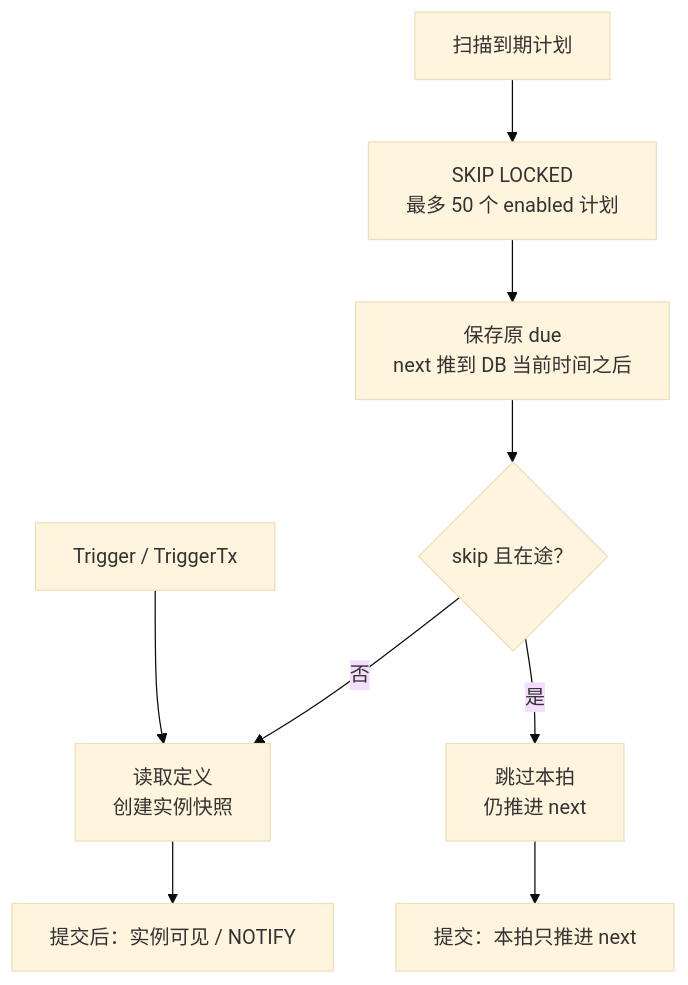
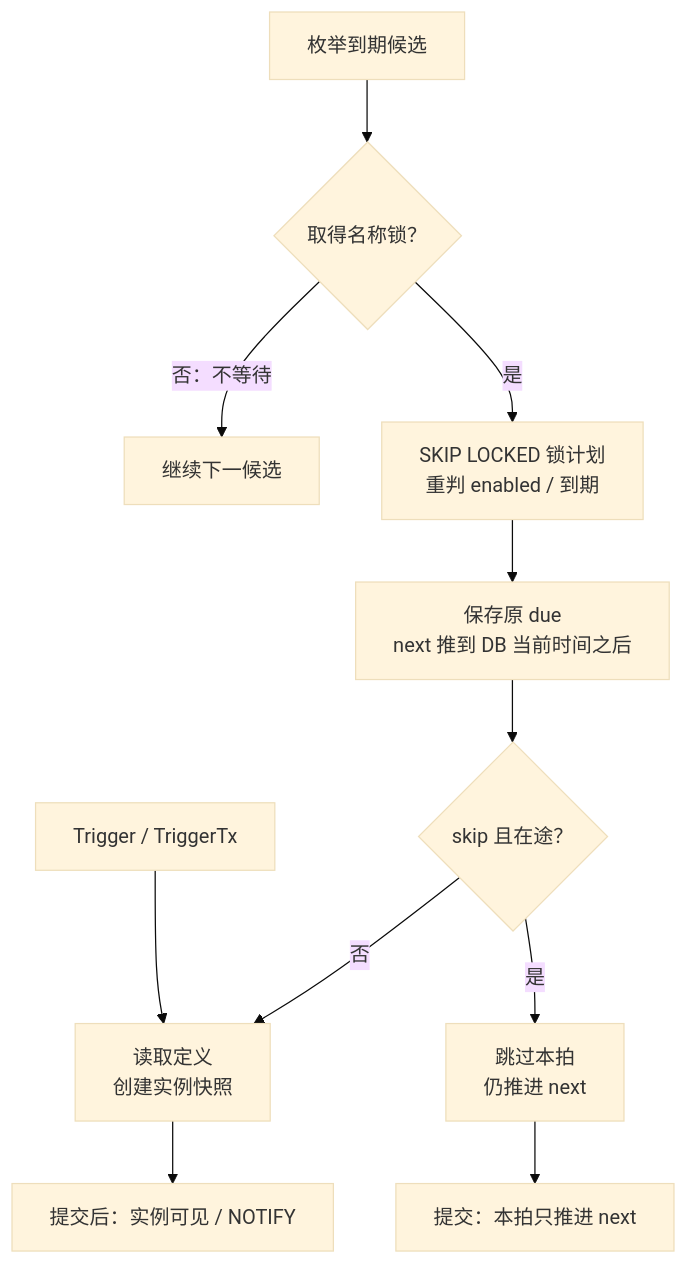
The fourth of 18 diagrams in docs/design.md (mbeoliero/skein), drawn with Mermaid (base theme) before and after one commit. The commit also changed other lines of this file and 77 other files, not shown here.

````diff
--- a/docs/design.md
+++ b/docs/design.md
@@ -139,11 +142,13 @@
 ```mermaid
 flowchart TB
     T["Trigger / TriggerTx"] --> SNAP["读取定义<br/>创建实例快照"]
-    SC["扫描到期计划"] --> LOCK["SKIP LOCKED<br/>最多 50 个 enabled 计划"]
+    SC["枚举到期候选"] --> GATE{"取得名称锁？"}
+    GATE -->|否：不等待| SKIPLOCK["继续下一候选"]
+    GATE -->|是| LOCK["SKIP LOCKED 锁计划<br/>重判 enabled / 到期"]
     LOCK --> NEXT["保存原 due<br/>next 推到 DB 当前时间之后"]
     NEXT --> O{"skip 且在途？"}
     O -->|否| SNAP
     O -->|是| SKIP["跳过本拍<br/>仍推进 next"]
     SNAP --> COMMIT["提交后：实例可见 / NOTIFY"]
     SKIP --> ONLY["提交：本拍只推进 next"]
 ```
````
